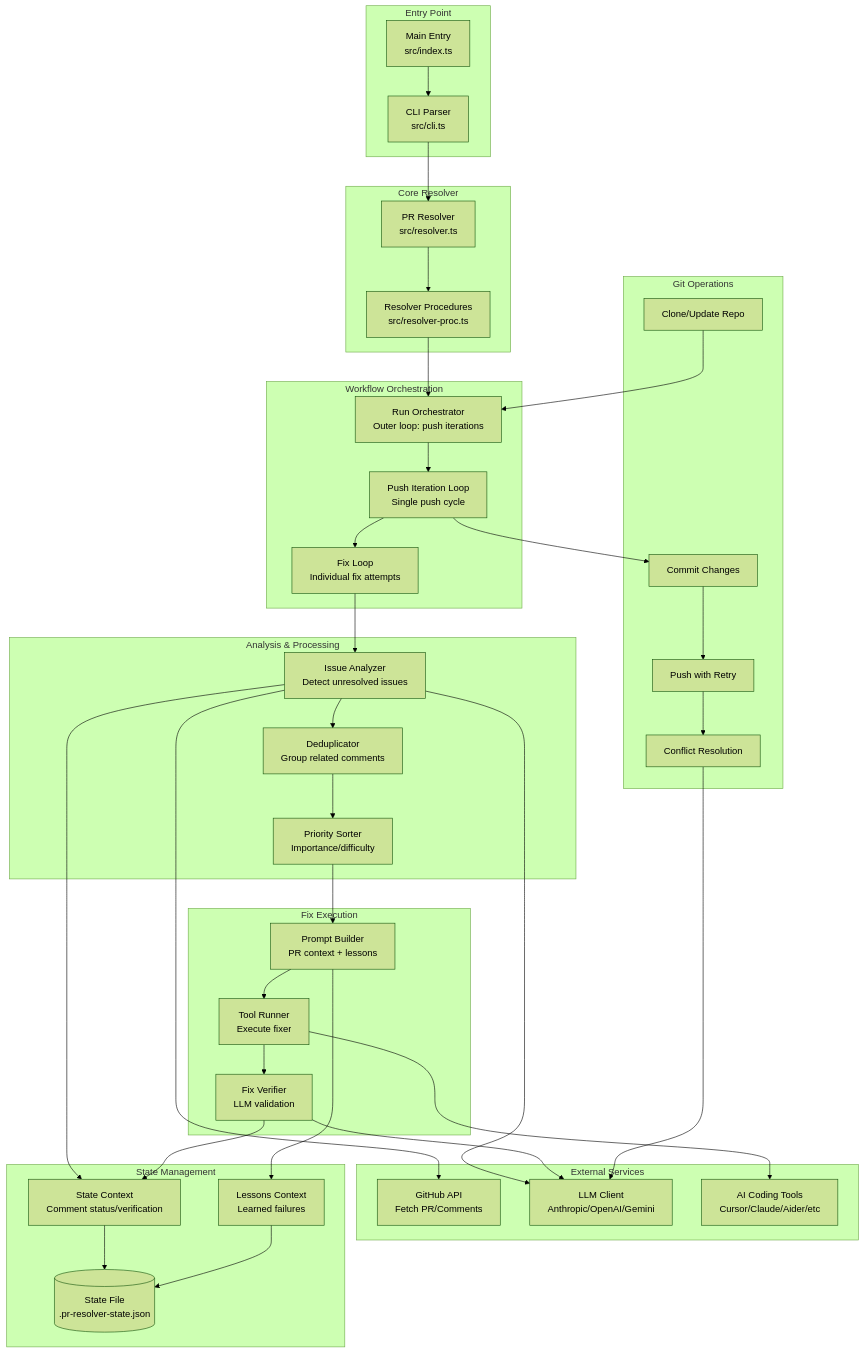
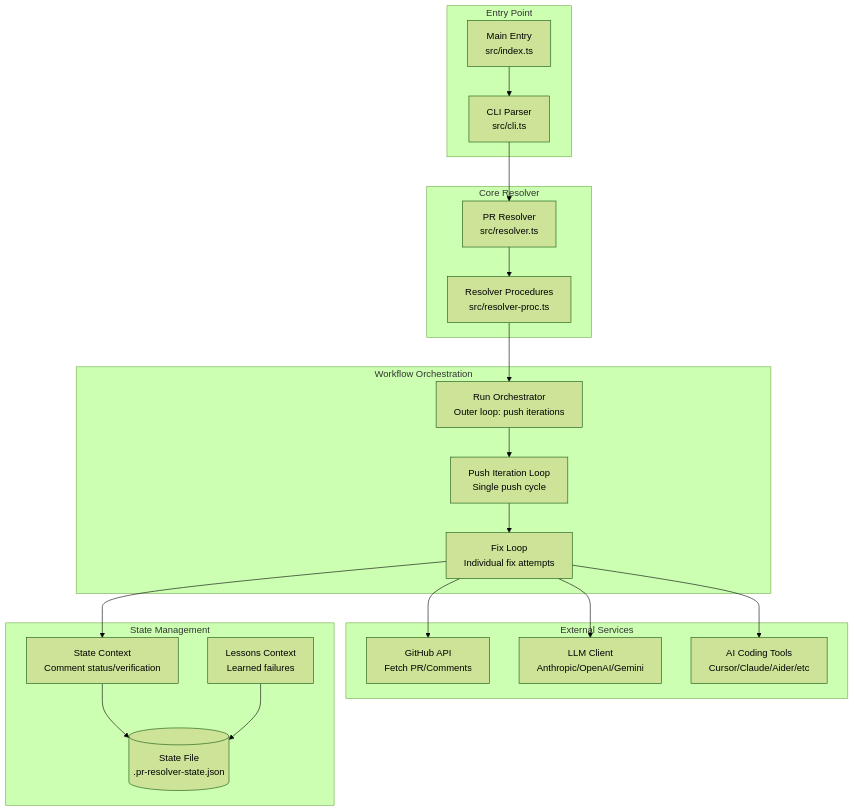
The diagram in docs/ARCHITECTURE.md (elizaOS/prr), drawn with Mermaid (forest theme) before and after one commit. The commit also changed other lines of this file, not shown here.

First line of the commit message:
docs: restore detailed ARCHITECTURE.md subsystem WHYs

````diff
--- a/docs/ARCHITECTURE.md
+++ b/docs/ARCHITECTURE.md
@@ -32,25 +44,6 @@
         StateFile[(State File<br/>.pr-resolver-state.json)]
     end
     
-    subgraph "Analysis & Processing"
-        Analyzer[Issue Analyzer<br/>Detect unresolved issues]
-        Dedup[Deduplicator<br/>Group related comments]
-        Priority[Priority Sorter<br/>Importance/difficulty]
-    end
-    
-    subgraph "Fix Execution"
-        Prompt[Prompt Builder<br/>PR context + lessons]
-        Runner[Tool Runner<br/>Execute fixer]
-        Verify[Fix Verifier<br/>LLM validation]
-    end
-    
-    subgraph "Git Operations"
-        GitClone[Clone/Update Repo]
-        GitCommit[Commit Changes]
-        GitPush[Push with Retry]
-        GitConflict[Conflict Resolution]
-    end
-    
     Main --> CLI
     CLI --> Resolver
     Resolver --> ResolverProc
@@ -59,30 +52,11 @@
     RunOrch --> PushLoop
     PushLoop --> FixLoop
     
-    FixLoop --> Analyzer
-    Analyzer --> GitHub
-    Analyzer --> LLM
-    Analyzer --> StateCtx
-    
-    Analyzer --> Dedup
-    Dedup --> Priority
-    Priority --> Prompt
-    
-    Prompt --> LessonsCtx
-    Prompt --> Runner
-    Runner --> Tools
-    Runner --> Verify
-    
-    Verify --> LLM
-    Verify --> StateCtx
-    
-    PushLoop --> GitCommit
-    GitCommit --> GitPush
-    GitPush --> GitConflict
-    GitConflict --> LLM
+    FixLoop --> GitHub
+    FixLoop --> LLM
+    FixLoop --> Tools
+    FixLoop --> StateCtx
     
     StateCtx --> StateFile
     LessonsCtx --> StateFile
-    
-    GitClone --> RunOrch
 ```
````
